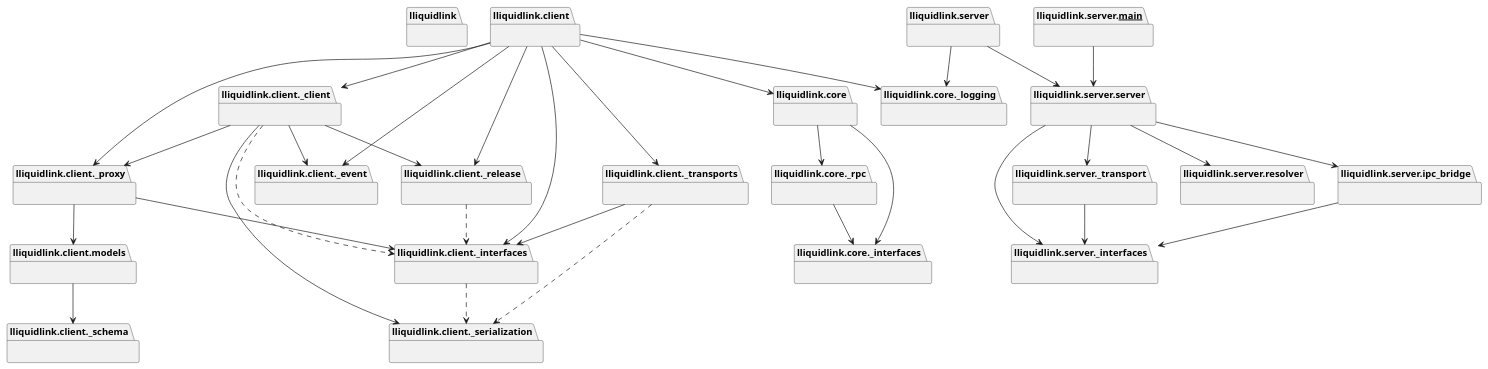
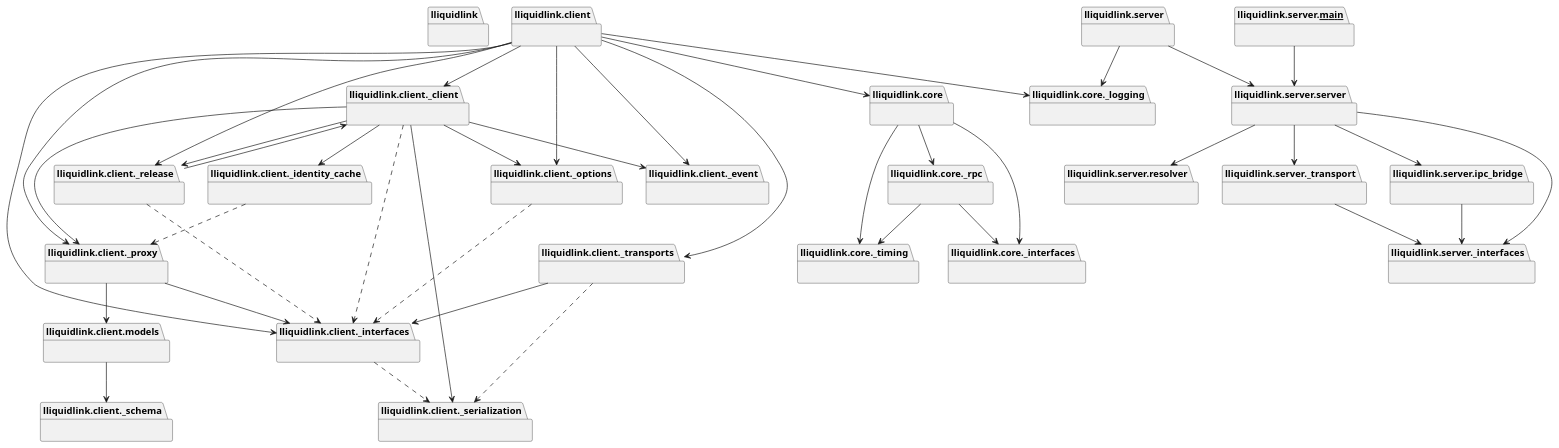
The second of 4 diagrams in Docs~/ClassDiagram.md (hide00310/UniLiquidLink), drawn with PlantUML before and after one commit. The commit also changed other lines of this file and 2 other files, not shown here.

First line of the commit message:
chore(docs): regenerate class diagram and API docs

```diff
--- a/Docs~/ClassDiagram.md
+++ b/Docs~/ClassDiagram.md
@@ -106,7 +122,11 @@
 }
 package "lliquidlink.client._event" as lliquidlink.client._event {
 }
+package "lliquidlink.client._identity_cache" as lliquidlink.client._identity_cache {
+}
 package "lliquidlink.client._interfaces" as lliquidlink.client._interfaces {
+}
+package "lliquidlink.client._options" as lliquidlink.client._options {
 }
 package "lliquidlink.client._proxy" as lliquidlink.client._proxy {
 }
@@ -128,6 +148,8 @@
 }
 package "lliquidlink.core._rpc" as lliquidlink.core._rpc {
 }
+package "lliquidlink.core._timing" as lliquidlink.core._timing {
+}
 package "lliquidlink.server" as lliquidlink.server {
 }
 package "lliquidlink.server.__main__" as lliquidlink.server.__main__ {
@@ -145,22 +167,28 @@
 lliquidlink.client --> lliquidlink.client._client
 lliquidlink.client --> lliquidlink.client._event
 lliquidlink.client --> lliquidlink.client._interfaces
+lliquidlink.client --> lliquidlink.client._options
 lliquidlink.client --> lliquidlink.client._proxy
 lliquidlink.client --> lliquidlink.client._release
 lliquidlink.client --> lliquidlink.client._transports
 lliquidlink.client --> lliquidlink.core
 lliquidlink.client --> lliquidlink.core._logging
 lliquidlink.client._client --> lliquidlink.client._event
+lliquidlink.client._client --> lliquidlink.client._identity_cache
+lliquidlink.client._client --> lliquidlink.client._options
 lliquidlink.client._client --> lliquidlink.client._proxy
 lliquidlink.client._client --> lliquidlink.client._release
 lliquidlink.client._client --> lliquidlink.client._serialization
 lliquidlink.client._proxy --> lliquidlink.client._interfaces
 lliquidlink.client._proxy --> lliquidlink.client.models
+lliquidlink.client._release --> lliquidlink.client._client
 lliquidlink.client._transports --> lliquidlink.client._interfaces
 lliquidlink.client.models --> lliquidlink.client._schema
 lliquidlink.core --> lliquidlink.core._interfaces
 lliquidlink.core --> lliquidlink.core._rpc
+lliquidlink.core --> lliquidlink.core._timing
 lliquidlink.core._rpc --> lliquidlink.core._interfaces
+lliquidlink.core._rpc --> lliquidlink.core._timing
 lliquidlink.server --> lliquidlink.core._logging
 lliquidlink.server --> lliquidlink.server.server
 lliquidlink.server.__main__ --> lliquidlink.server.server
@@ -171,7 +199,9 @@
 lliquidlink.server.server --> lliquidlink.server.ipc_bridge
 lliquidlink.server.server --> lliquidlink.server.resolver
 lliquidlink.client._client ..> lliquidlink.client._interfaces
+lliquidlink.client._identity_cache ..> lliquidlink.client._proxy
 lliquidlink.client._interfaces ..> lliquidlink.client._serialization
+lliquidlink.client._options ..> lliquidlink.client._interfaces
 lliquidlink.client._release ..> lliquidlink.client._interfaces
 lliquidlink.client._transports ..> lliquidlink.client._serialization
 @enduml
```
